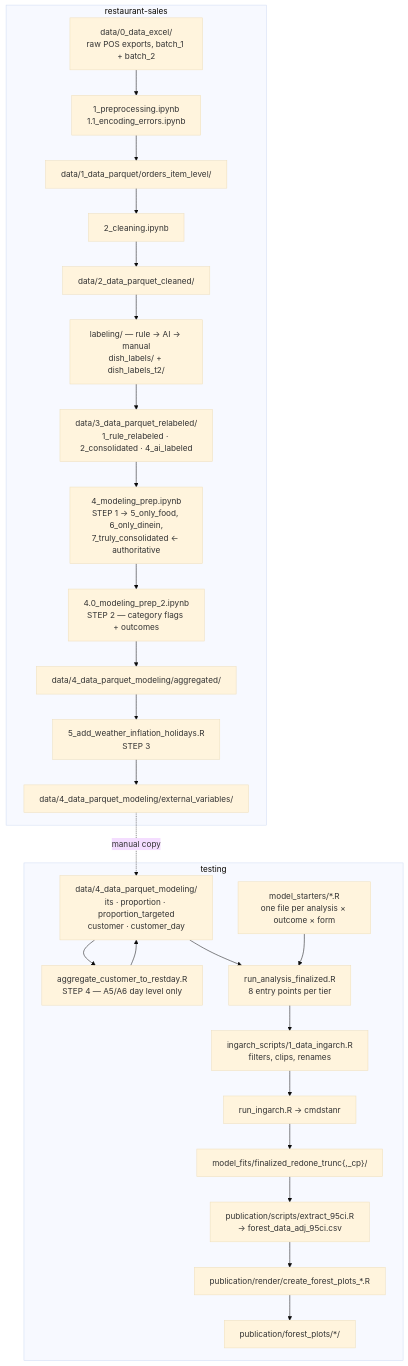
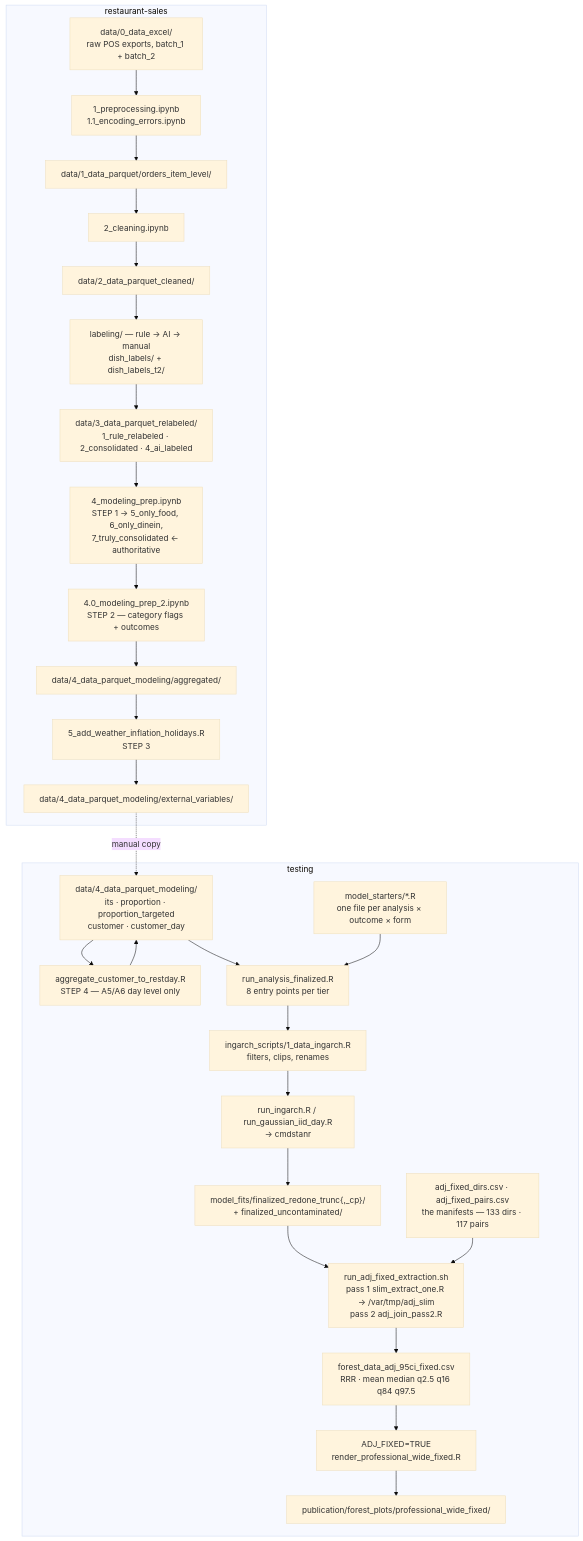
The diagram in workflow_sequence.md (jaredwins99/testing), drawn with Mermaid (base theme) before and after one commit. The commit also changed other lines of this file, not shown here.

````diff
--- a/workflow_sequence.md
+++ b/workflow_sequence.md
@@ -21,36 +40,41 @@
 ```mermaid
 flowchart TD
     subgraph RS["restaurant-sales"]
         A0["data/0_data_excel/<br/>raw POS exports, batch_1 + batch_2"]
         A1["1_preprocessing.ipynb<br/>1.1_encoding_errors.ipynb"]
         A2["data/1_data_parquet/orders_item_level/"]
         A3["2_cleaning.ipynb"]
         A4["data/2_data_parquet_cleaned/"]
         A5["labeling/ — rule → AI → manual<br/>dish_labels/ + dish_labels_t2/"]
         A6["data/3_data_parquet_relabeled/<br/>1_rule_relabeled · 2_consolidated · 4_ai_labeled"]
         A7["4_modeling_prep.ipynb<br/>STEP 1 → 5_only_food, 6_only_dinein,<br/>7_truly_consolidated ← authoritative"]
         A8["4.0_modeling_prep_2.ipynb<br/>STEP 2 — category flags + outcomes"]
         A9["data/4_data_parquet_modeling/aggregated/"]
         A10["5_add_weather_inflation_holidays.R<br/>STEP 3"]
         A11["data/4_data_parquet_modeling/external_variables/"]
     end
 
     subgraph T["testing"]
         B0["data/4_data_parquet_modeling/<br/>its · proportion · proportion_targeted<br/>customer · customer_day"]
         B1["aggregate_customer_to_restday.R<br/>STEP 4 — A5/A6 day level only"]
         B2["model_starters/*.R<br/>one file per analysis × outcome × form"]
         B3["run_analysis_finalized.R<br/>8 entry points per tier"]
         B4["ingarch_scripts/1_data_ingarch.R<br/>filters, clips, renames"]
-        B5["run_ingarch.R → cmdstanr"]
-        B6["model_fits/finalized_redone_trunc{,_cp}/"]
-        B7["publication/scripts/extract_95ci.R<br/>→ forest_data_adj_95ci.csv"]
-        B8["publication/render/create_forest_plots_*.R"]
-        B9["publication/forest_plots/*/"]
+        B5["run_ingarch.R / run_gaussian_iid_day.R<br/>→ cmdstanr"]
+        B6["model_fits/finalized_redone_trunc{,_cp}/<br/>+ finalized_uncontaminated/"]
+        B7["adj_fixed_dirs.csv · adj_fixed_pairs.csv<br/>the manifests — 133 dirs · 117 pairs"]
+        B8["run_adj_fixed_extraction.sh<br/>pass 1 slim_extract_one.R → /var/tmp/adj_slim<br/>pass 2 adj_join_pass2.R"]
+        B9["forest_data_adj_95ci_fixed.csv<br/>RRR · mean median q2.5 q16 q84 q97.5"]
+        B10["ADJ_FIXED=TRUE<br/>render_professional_wide_fixed.R"]
+        B11["publication/forest_plots/professional_wide_fixed/"]
     end
 
     A0 --> A1 --> A2 --> A3 --> A4 --> A5 --> A6 --> A7 --> A8 --> A9 --> A10 --> A11
     A11 -.->|manual copy| B0
     B0 --> B1 --> B0
     B0 --> B3
-    B2 --> B3 --> B4 --> B5 --> B6 --> B7 --> B8 --> B9
+    B2 --> B3 --> B4 --> B5 --> B6
+    B6 --> B8
+    B7 --> B8
+    B8 --> B9 --> B10 --> B11
 ```
````
